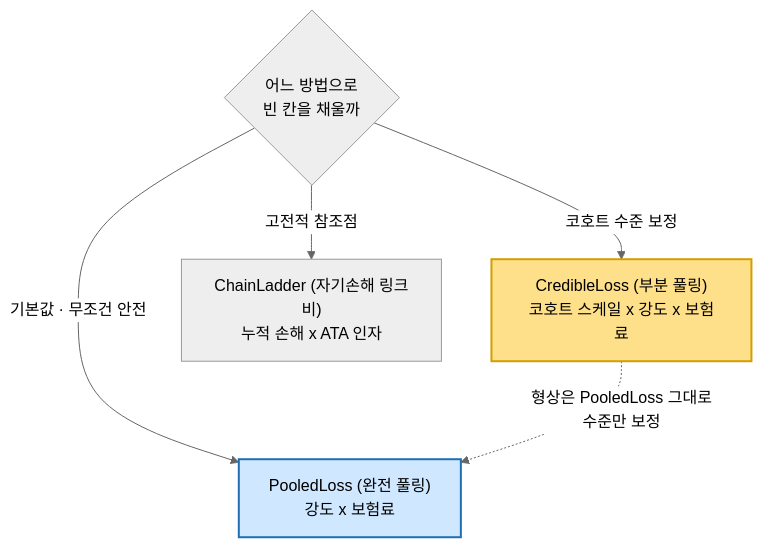
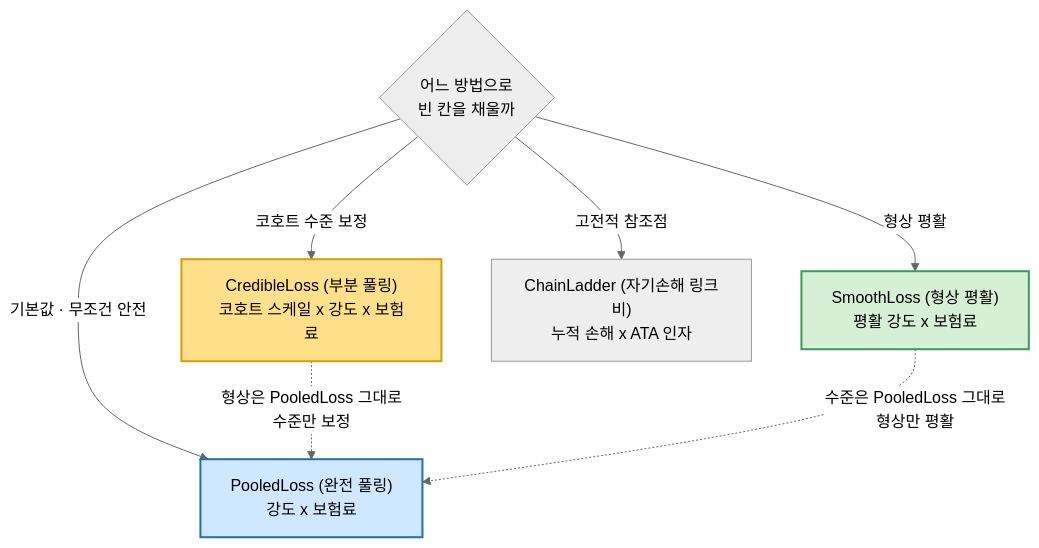
The diagram in docs/tutorial/04-projection.md (seokhoonj/lossratio), drawn with Mermaid (neutral theme) before and after one commit. The commit also changed other lines of this file, not shown here.

First line of the commit message:
docs: present the loss ladder as Pooled/Credible/Smooth in the projection chapter

````diff
--- a/docs/tutorial/04-projection.md
+++ b/docs/tutorial/04-projection.md
@@ -31,10 +36,13 @@
 ```{mermaid}
 flowchart TD
   Q{"어느 방법으로<br/>빈 칸을 채울까"}
   Q -->|"기본값 · 무조건 안전"| pooled["PooledLoss (완전 풀링)<br/>강도 x 보험료"]
   Q -->|"코호트 수준 보정"| credible["CredibleLoss (부분 풀링)<br/>코호트 스케일 x 강도 x 보험료"]
+  Q -->|"형상 평활"| smooth["SmoothLoss (형상 평활)<br/>평활 강도 x 보험료"]
   Q -->|"고전적 참조점"| linkratio["ChainLadder (자기손해 링크비)<br/>누적 손해 x ATA 인자"]
   credible -.->|"형상은 PooledLoss 그대로<br/>수준만 보정"| pooled
+  smooth -.->|"수준은 PooledLoss 그대로<br/>형상만 평활"| pooled
   style pooled fill:#cfe8ff,stroke:#1f6fb2,stroke-width:2px
   style credible fill:#ffe08a,stroke:#d39e00,stroke-width:2px
+  style smooth fill:#d5f0d5,stroke:#3a9b5c,stroke-width:2px
 ```
````
